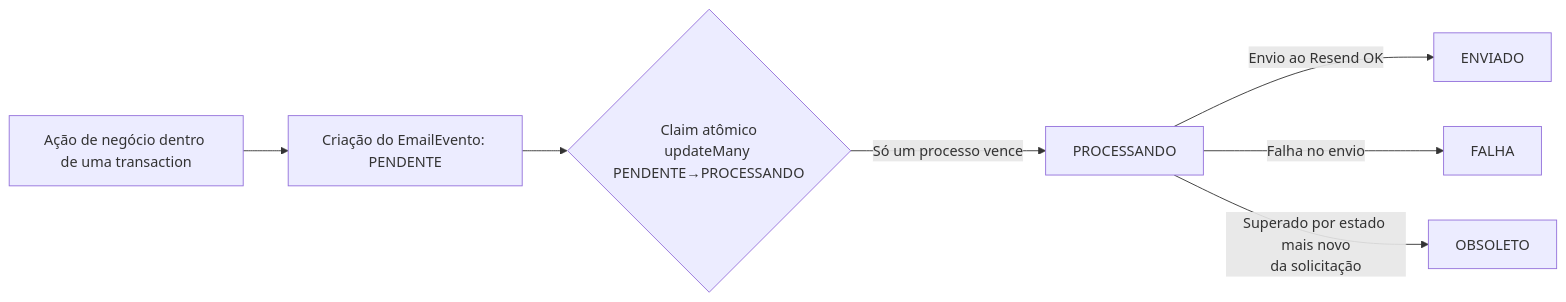
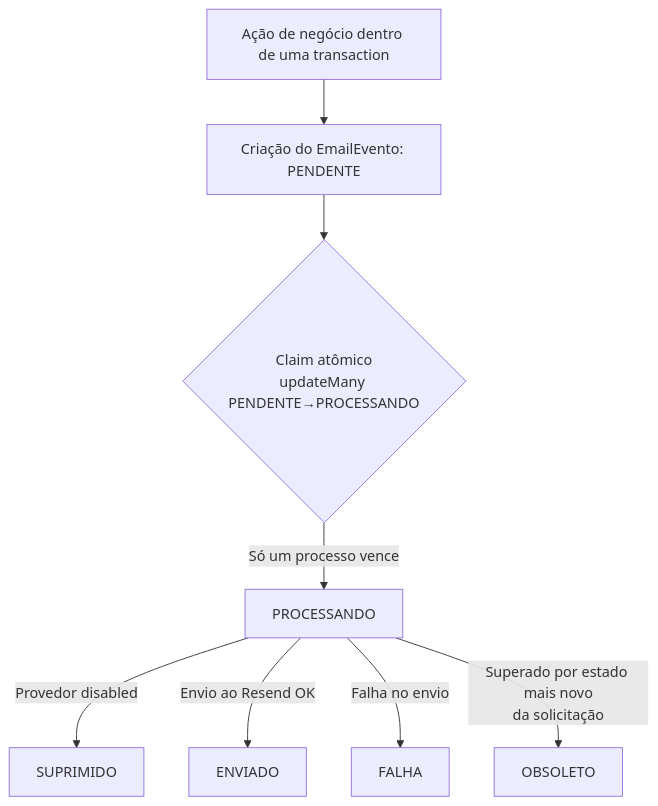
The sixth of 6 diagrams in docs/FLUXOS.md (almeidaxdev/fluxo-patrimonial), drawn with Mermaid before and after one commit. The commit also changed other lines of this file and 14 other files, not shown here.

````diff
--- a/docs/FLUXOS.md
+++ b/docs/FLUXOS.md
@@ -81,9 +83,10 @@
 ```mermaid
-flowchart LR
+flowchart TD
     A[Ação de negócio dentro de uma transaction] --> B[Criação do EmailEvento: PENDENTE]
     B --> C{Claim atômico\nupdateMany PENDENTE→PROCESSANDO}
     C -->|Só um processo vence| D[PROCESSANDO]
+    D -->|Provedor disabled| H[SUPRIMIDO]
     D -->|Envio ao Resend OK| E[ENVIADO]
     D -->|Falha no envio| F[FALHA]
     D -->|Superado por estado mais novo\nda solicitação| G[OBSOLETO]
 ```
````
